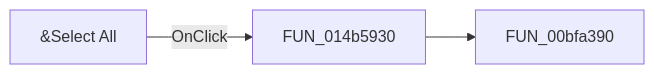
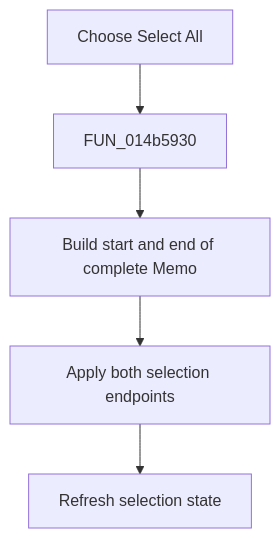
One commit to MovGP0/TIARA changed the diagram in docs/ui-controls/netlistviewer/miselectall-30216f9237.md. Above: the diagram before and after it, drawn with Mermaid. The commit also changed other lines of this file and 1062 other files, not shown here.

````diff
--- a/docs/ui-controls/netlistviewer/miselectall-30216f9237.md
+++ b/docs/ui-controls/netlistviewer/miselectall-30216f9237.md
@@ -27,5 +27,7 @@
 ```mermaid
-flowchart LR
-    control["&Select All"] -->|OnClick| handler["FUN_014b5930"]
-    handler --> call1["FUN_00bfa390"]
+flowchart TD
+    control["Choose Select All"] --> handler["FUN_014b5930"]
+    handler --> bounds["Build start and end of complete Memo"]
+    bounds --> select["Apply both selection endpoints"]
+    select --> update["Refresh selection state"]
 ```
````
